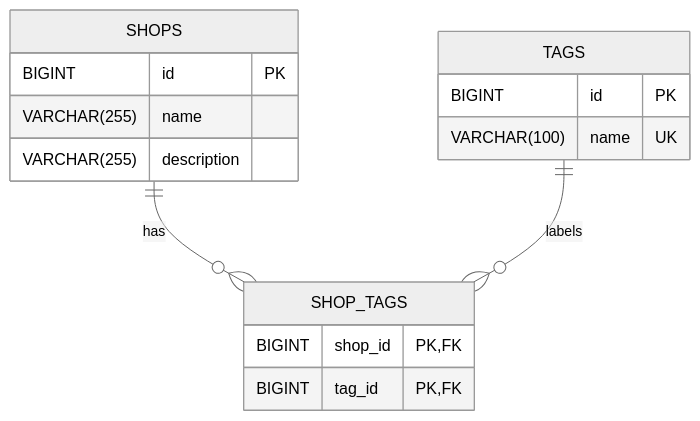
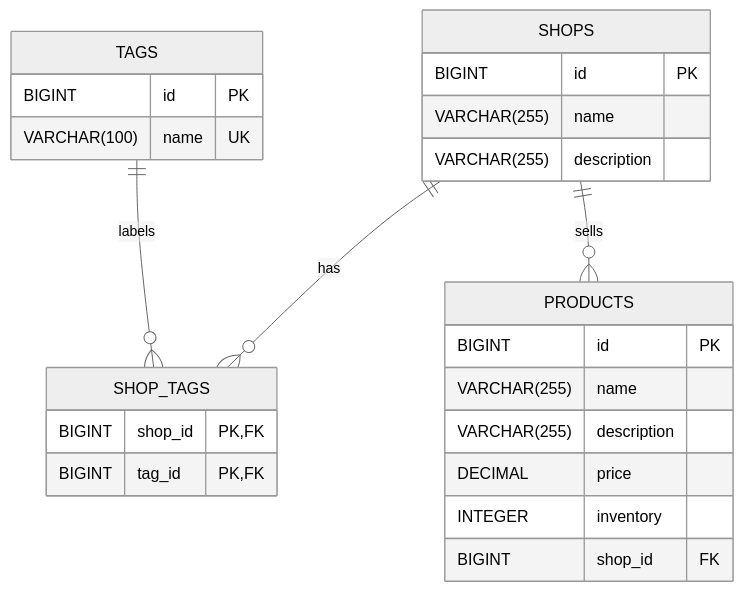
Before and after one commit to JacobA31/Mini-Shopify: the second of 2 diagrams in README.md, drawn with Mermaid (neutral theme). The commit also changed other lines of this file, not shown here.

Commit message:
Add Product class and update database schema
Added Product class and updated database schema.

````diff
--- a/README.md
+++ b/README.md
@@ -111,19 +119,28 @@
 ```mermaid
 erDiagram
     SHOPS {
         BIGINT id PK
         VARCHAR(255) name
         VARCHAR(255) description
     }
     TAGS {
         BIGINT id PK
         VARCHAR(100) name UK
     }
     SHOP_TAGS {
         BIGINT shop_id PK, FK
         BIGINT tag_id PK, FK
     }
+    PRODUCTS{
+        BIGINT id PK
+        VARCHAR(255) name
+        VARCHAR(255) description
+        DECIMAL price
+        INTEGER inventory
+        BIGINT shop_id FK
+    }
 
     SHOPS ||--o{ SHOP_TAGS : has
     TAGS ||--o{ SHOP_TAGS : labels
+    SHOPS ||--o{ PRODUCTS : sells
 ```
````
